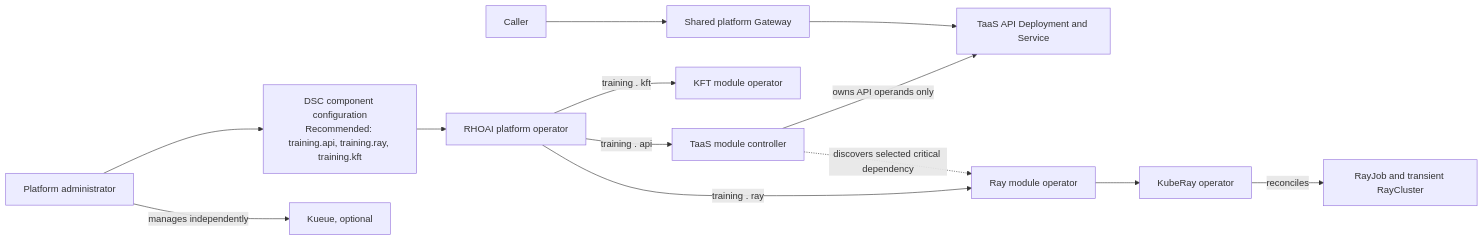
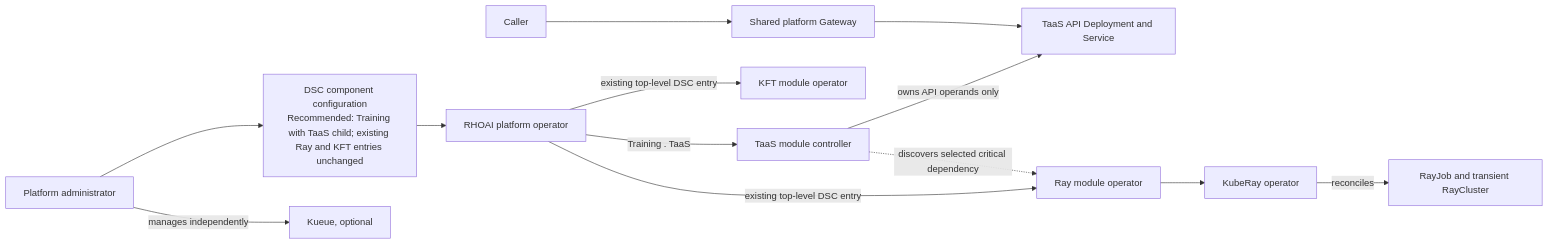
One commit to opendatahub-io/architecture-decision-records changed the first of 2 diagrams in architecture-decision-records/distributed-workloads/ODH-ADR-TA-0002-taas-rhoai-technical-preview.md. Above: the diagram before and after it, drawn with Mermaid. The commit also changed other lines of this file, not shown here.

````diff
--- a/architecture-decision-records/distributed-workloads/ODH-ADR-TA-0002-taas-rhoai-technical-preview.md
+++ b/architecture-decision-records/distributed-workloads/ODH-ADR-TA-0002-taas-rhoai-technical-preview.md
@@ -119,15 +123,15 @@
 ```mermaid
 flowchart LR
-    Admin[Platform administrator] --> DSC[DSC component configuration<br/>Recommended: training.api, training.ray, training.kft]
+    Admin[Platform administrator] --> DSC[DSC component configuration<br/>Recommended: Training with TaaS child; existing Ray and KFT entries unchanged]
     DSC --> Platform[RHOAI platform operator]
-    Platform -->|training . api| TaaS[TaaS module controller]
+    Platform -->|Training . TaaS| TaaS[TaaS module controller]
     TaaS -->|owns API operands only| API[TaaS API Deployment and Service]
-    Platform -->|training . ray| Ray[Ray module operator]
-    Platform -->|training . kft| KFT[KFT module operator]
+    Platform -->|existing top-level DSC entry| Ray[Ray module operator]
+    Platform -->|existing top-level DSC entry| KFT[KFT module operator]
     TaaS -. discovers selected critical dependency .-> Ray
     Ray --> KubeRay[KubeRay operator]
     KubeRay -->|reconciles| RayJob[RayJob and transient RayCluster]
     Admin -->|manages independently| Kueue[Kueue, optional]
     Caller[Caller] --> Gateway[Shared platform Gateway]
     Gateway --> API
 ```
````
